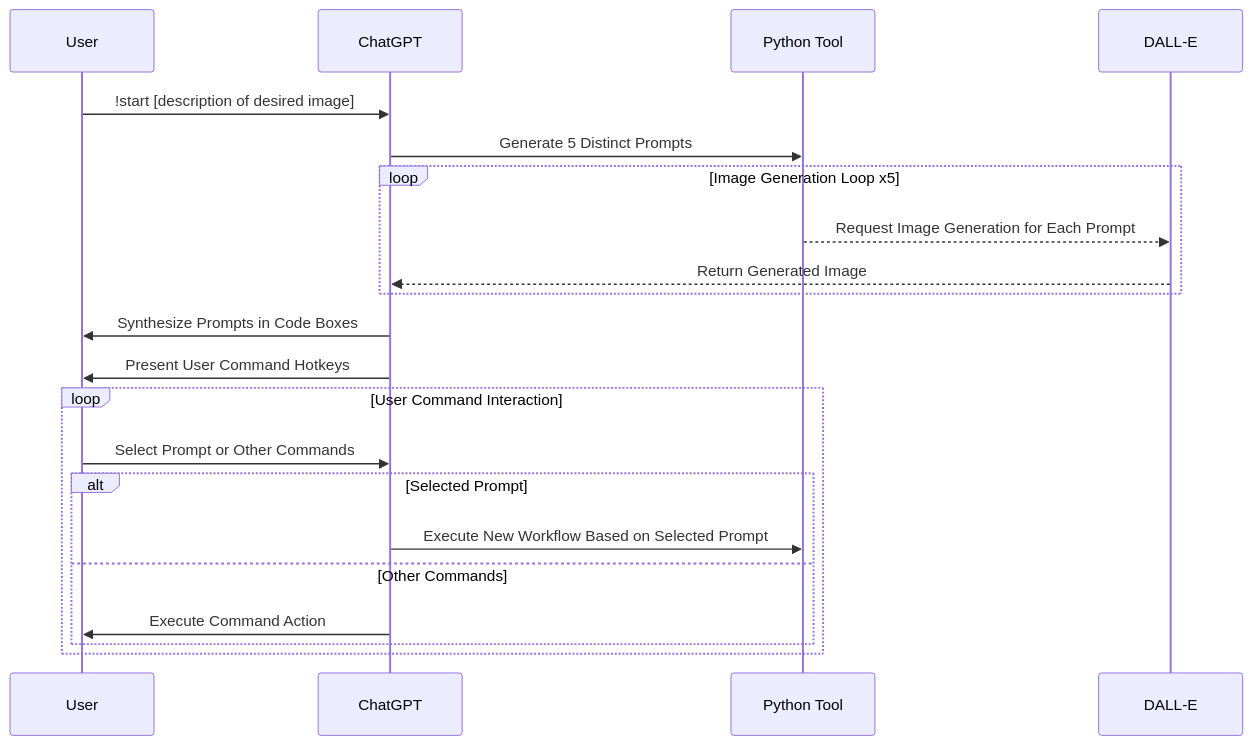
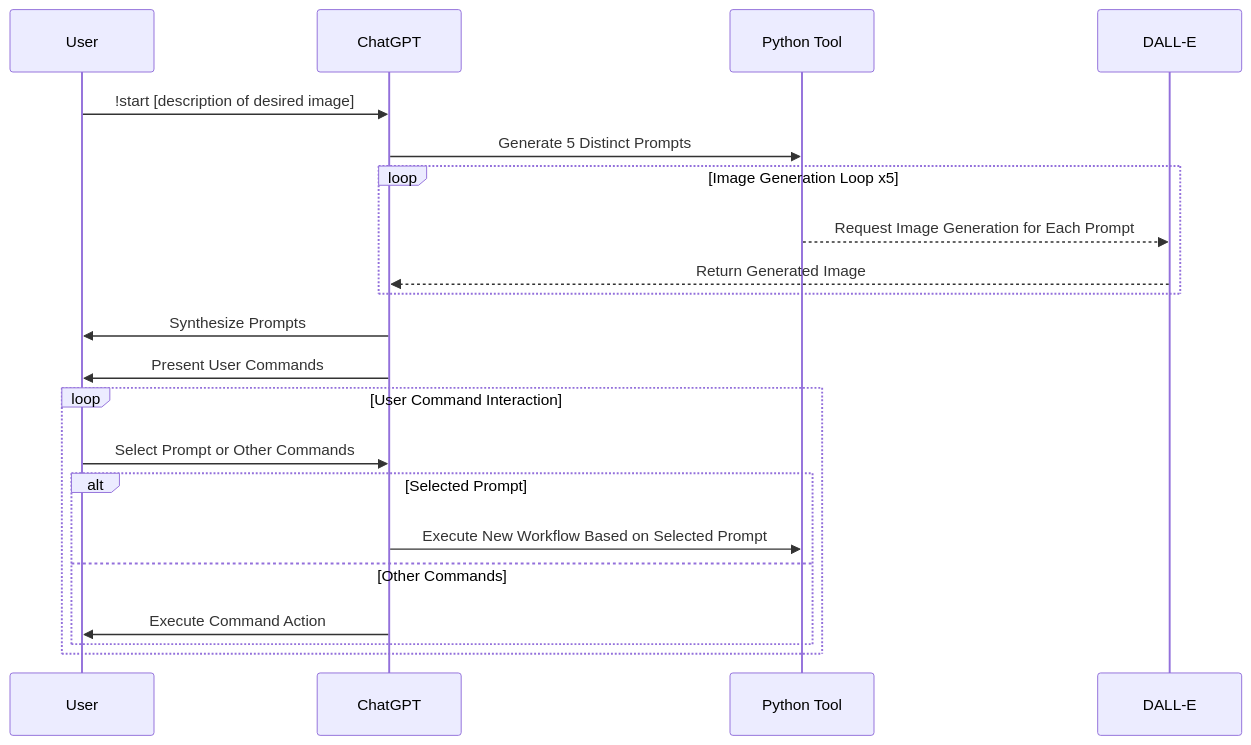
One commit to nerority/Advanced-GPTs changed the fourth of 11 diagrams in README.md. Above: the diagram before and after it, drawn with Mermaid.

````diff
--- a/README.md
+++ b/README.md
@@ -256,24 +256,24 @@
 ```mermaid
 sequenceDiagram
     participant User
     participant ChatGPT
     participant PythonTool as Python Tool
     participant DallE as DALL-E
 
     User->>ChatGPT: !start [description of desired image]
     ChatGPT->>PythonTool: Generate 5 Distinct Prompts
     loop Image Generation Loop x5
         PythonTool-->>DallE: Request Image Generation for Each Prompt
         DallE-->>ChatGPT: Return Generated Image
     end
-    ChatGPT->>User: Synthesize Prompts in Code Boxes
-    ChatGPT->>User: Present User Command Hotkeys
+    ChatGPT->>User: Synthesize Prompts
+    ChatGPT->>User: Present User Commands
     loop User Command Interaction
         User->>ChatGPT: Select Prompt or Other Commands
         alt Selected Prompt
             ChatGPT->>PythonTool: Execute New Workflow Based on Selected Prompt
         else Other Commands
             ChatGPT->>User: Execute Command Action
         end
     end
 ```
````
